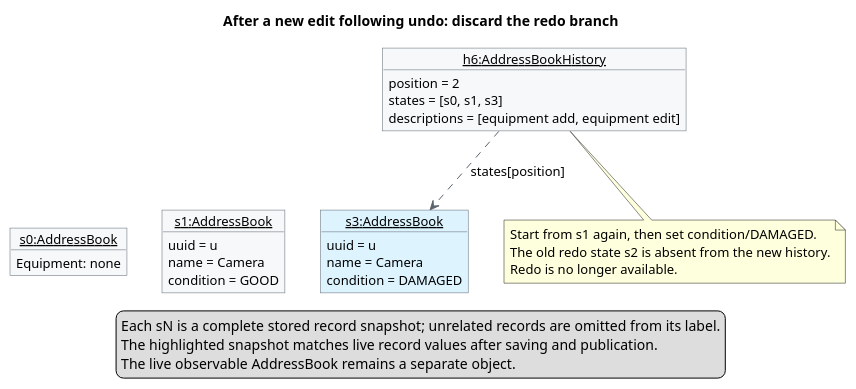
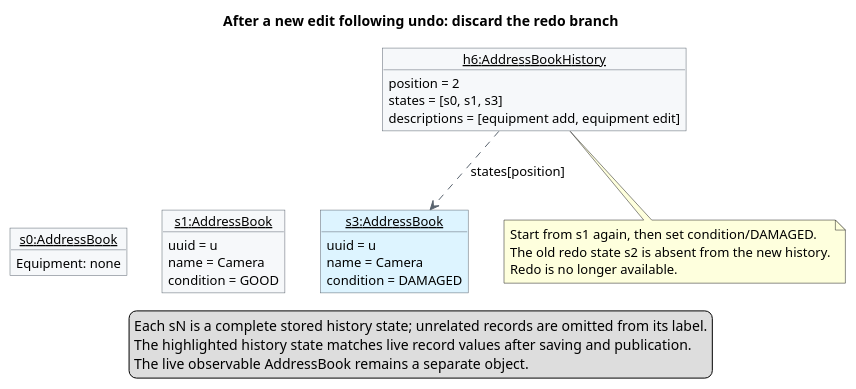
The diagram in docs/diagrams/UndoRedoState5.puml (AY2627S1-CS2103T-F15-2/tp), drawn with PlantUML before and after one commit. The commit also changed 22 other files, not shown here.

```diff
--- a/docs/diagrams/UndoRedoState5.puml
+++ b/docs/diagrams/UndoRedoState5.puml
@@ -1,50 +1,50 @@
 @startuml
 skinparam shadowing false
 skinparam defaultFontName Arial
 skinparam defaultFontSize 13
 skinparam objectAttributeIconSize 0
 skinparam objectBackgroundColor #F6F8FA
 skinparam objectBorderColor #59636E
 skinparam ArrowColor #59636E
 hide empty members
 
 title After a new edit following undo: discard the redo branch
 
 object "<u>h6:AddressBookHistory</u>" as history {
   position = 2
   states = [s0, s1, s3]
   descriptions = [equipment add, equipment edit]
 }
 
 object "<u>s0:AddressBook</u>" as s0 {
   Equipment: none
 }
 
 object "<u>s1:AddressBook</u>" as s1 {
   uuid = u
   name = Camera
   condition = GOOD
 }
 
 object "<u>s3:AddressBook</u>" as s3 #DDF4FF {
   uuid = u
   name = Camera
   condition = DAMAGED
 }
 s0 -[hidden]right-> s1
 s1 -[hidden]right-> s3
 
 history ..> s3 : states[position]
 
 note bottom of history
   Start from s1 again, then set condition/DAMAGED.
   The old redo state s2 is absent from the new history.
   Redo is no longer available.
 end note
 
 legend bottom
-  Each sN is a complete stored record snapshot; unrelated records are omitted from its label.
-  The highlighted snapshot matches live record values after saving and publication.
+  Each sN is a complete stored history state; unrelated records are omitted from its label.
+  The highlighted history state matches live record values after saving and publication.
   The live observable AddressBook remains a separate object.
 endlegend
 @enduml
```
